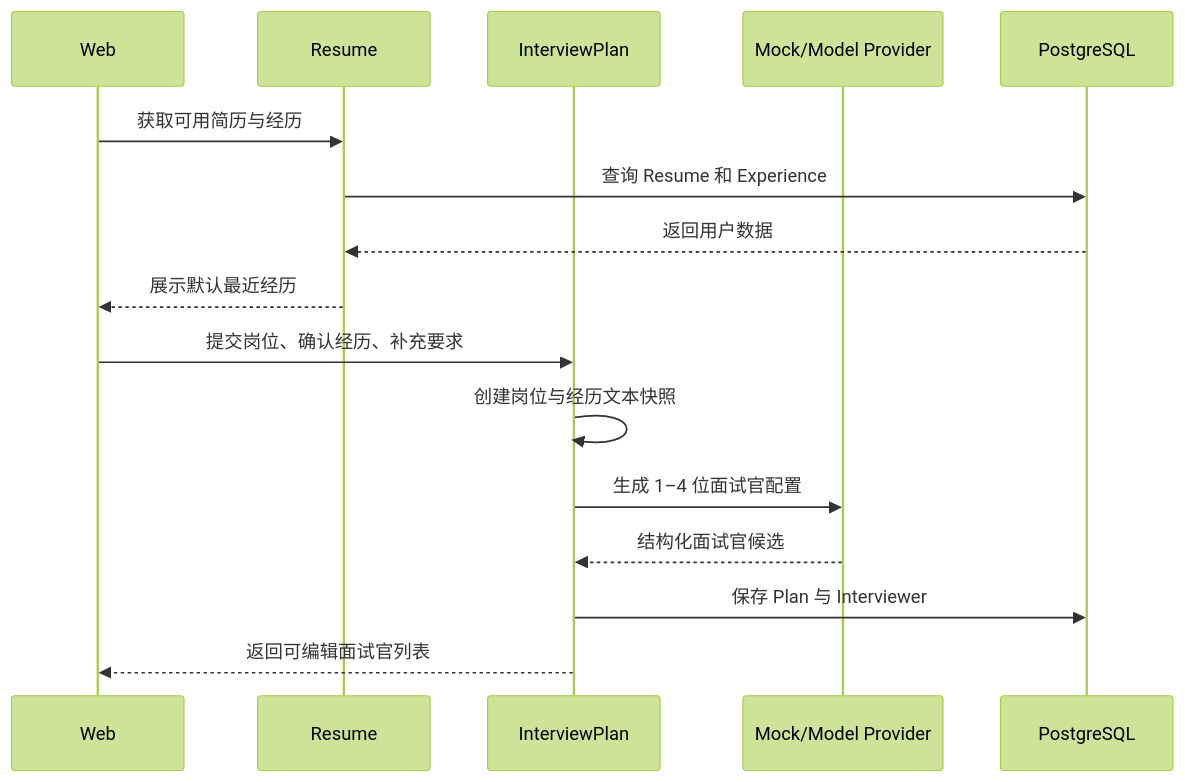
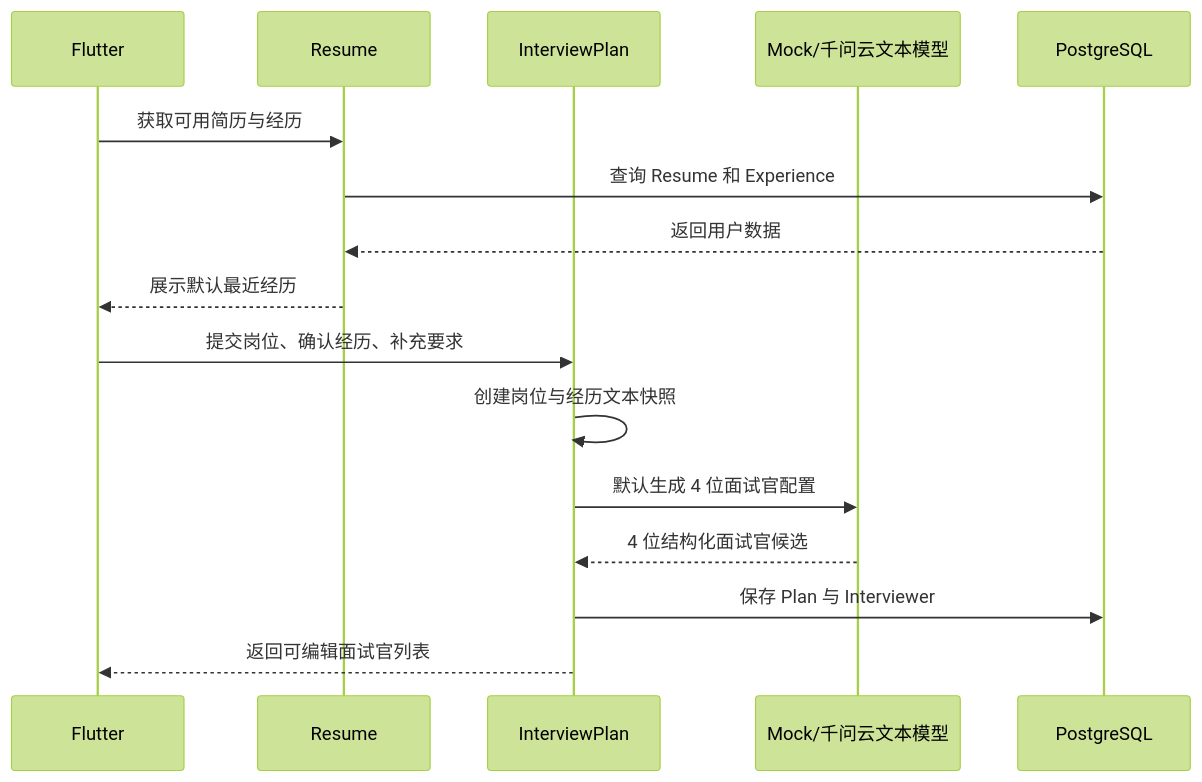
Before and after one commit to Lq0412/ai-en-coach: the fifth of 12 diagrams in docs/superpowers/specs/2026-07-14-ms1-system-architecture-design.md, drawn with Mermaid (forest theme). The commit also changed other lines of this file, not shown here.

First line of the commit message:
docs(architecture): 定稿 MS1 系统架构与技术选型

````diff
--- a/docs/superpowers/specs/2026-07-14-ms1-system-architecture-design.md
+++ b/docs/superpowers/specs/2026-07-14-ms1-system-architecture-design.md
@@ -286,19 +353,19 @@
 ```mermaid
 sequenceDiagram
-  participant W as Web
+  participant F as Flutter
   participant R as Resume
   participant P as InterviewPlan
-  participant AI as Mock/Model Provider
+  participant AI as Mock/千问云文本模型
   participant DB as PostgreSQL
 
-  W->>R: 获取可用简历与经历
+  F->>R: 获取可用简历与经历
   R->>DB: 查询 Resume 和 Experience
   DB-->>R: 返回用户数据
-  R-->>W: 展示默认最近经历
-  W->>P: 提交岗位、确认经历、补充要求
+  R-->>F: 展示默认最近经历
+  F->>P: 提交岗位、确认经历、补充要求
   P->>P: 创建岗位与经历文本快照
-  P->>AI: 生成 1–4 位面试官配置
-  AI-->>P: 结构化面试官候选
+  P->>AI: 默认生成 4 位面试官配置
+  AI-->>P: 4 位结构化面试官候选
   P->>DB: 保存 Plan 与 Interviewer
-  P-->>W: 返回可编辑面试官列表
+  P-->>F: 返回可编辑面试官列表
 ```
````
